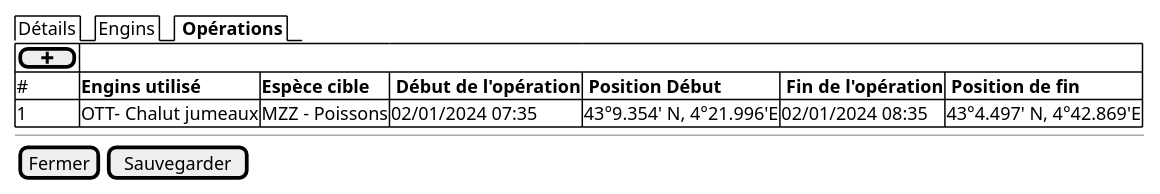
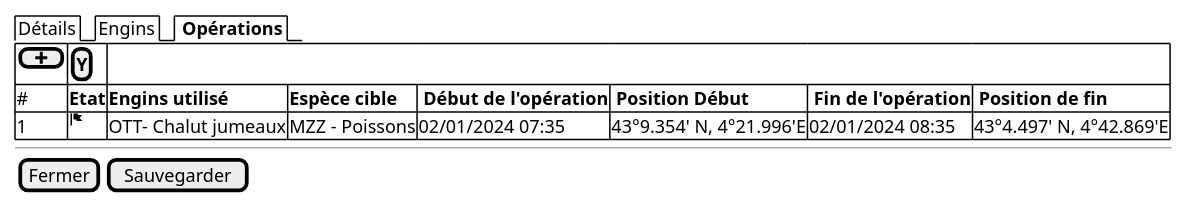
Before and after one commit to sumaris-net/sumaris-doc: the diagram in projects/obsmer/spe/images/operations-table.puml, drawn with PlantUML. The commit also changed 5 other files, not shown here.

```diff
--- a/projects/obsmer/spe/images/operations-table.puml
+++ b/projects/obsmer/spe/images/operations-table.puml
@@ -1,19 +1,19 @@
 @startsalt
 {
 
   {/  Détails | Engins | <b> Opérations  }
 
 
 	{#
-      [ <&plus> ]
-      # | <b>Engins utilisé     | <b>Espèce cible   | <b> Début de l'opération | <b> Position Début | <b> Fin de l'opération | <b> Position de fin
-      1 | OTT- Chalut jumeaux                | MZZ - Poissons | 02/01/2024 07:35 | 43°9.354' N, 4°21.996'E  | 02/01/2024 08:35 | 43°4.497' N, 4°42.869'E |
+      [ <&plus>] | [<b>Y]
+      # | <b>Etat | <b>Engins utilisé     | <b>Espèce cible   | <b> Début de l'opération | <b> Position Début | <b> Fin de l'opération | <b> Position de fin
+      1 | <&flag>| OTT- Chalut jumeaux                | MZZ - Poissons | 02/01/2024 07:35 | 43°9.354' N, 4°21.996'E  | 02/01/2024 08:35 | 43°4.497' N, 4°42.869'E |
     }
 
   --
 
   {
     [Fermer] | [Sauvegarder]
   }
 }
 @endsalt
```
